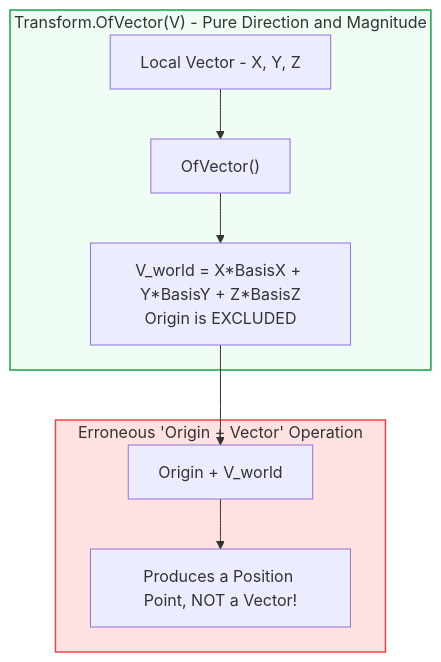
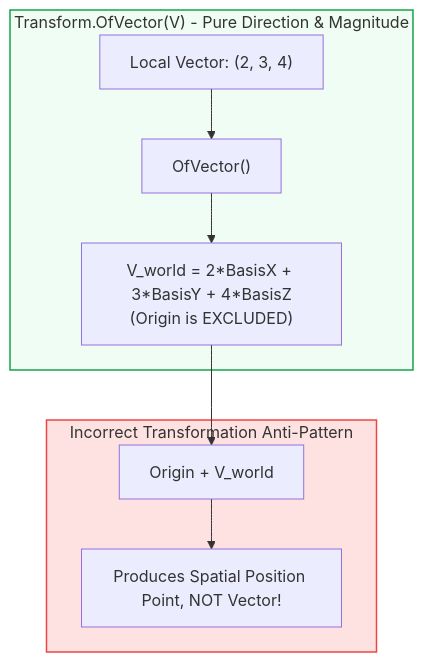
The tenth of 21 diagrams in RevitApiSamples/Samples/TransformModule/TransformModule.md (Mustafa-TOMMY/CommandSamplesRevitApiVer2025), drawn with Mermaid before and after one commit. The commit also changed other lines of this file, not shown here.

Commit message:
Update mermaid file

````diff
--- a/RevitApiSamples/Samples/TransformModule/TransformModule.md
+++ b/RevitApiSamples/Samples/TransformModule/TransformModule.md
@@ -388,15 +427,15 @@
 ```mermaid
 flowchart TD
-    subgraph Correct["Transform.OfVector(V) - Pure Direction and Magnitude"]
-        V_LOC["Local Vector - X, Y, Z"] --> OV["OfVector()"]
-        OV --> V_WLD["V_world = X*BasisX + Y*BasisY + Z*BasisZ<br/>Origin is EXCLUDED"]
+    subgraph Correct["Transform.OfVector(V) - Pure Direction & Magnitude"]
+        LV["Local Vector: (2, 3, 4)"] --> TOV["OfVector()"]
+        TOV --> WV["V_world = 2*BasisX + 3*BasisY + 4*BasisZ<br/>(Origin is EXCLUDED)"]
     end
 
-    subgraph Wrong["Erroneous 'Origin + Vector' Operation"]
-        V_WLD --> ERR_ADD["Origin + V_world"]
-        ERR_ADD --> POS["Produces a Position Point, NOT a Vector!"]
+    subgraph ErrorDemo["Incorrect Transformation Anti-Pattern"]
+        WV --> ERR["Origin + V_world"]
+        ERR --> POS["Produces Spatial Position Point, NOT Vector!"]
     end
 
     style Correct fill:#f0fdf4,stroke:#16a34a,stroke-width:1.5px
-    style Wrong fill:#fee2e2,stroke:#ef4444,stroke-width:1.5px
+    style ErrorDemo fill:#fee2e2,stroke:#ef4444,stroke-width:1.5px
 ```
````
